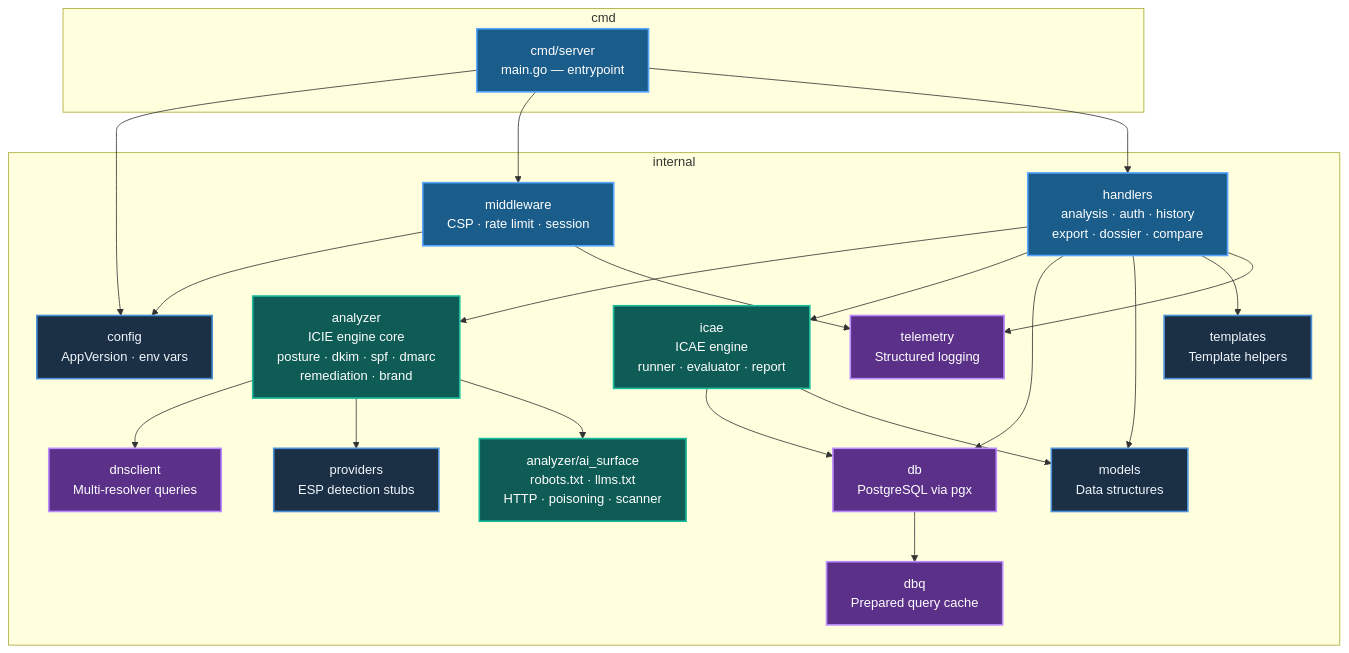
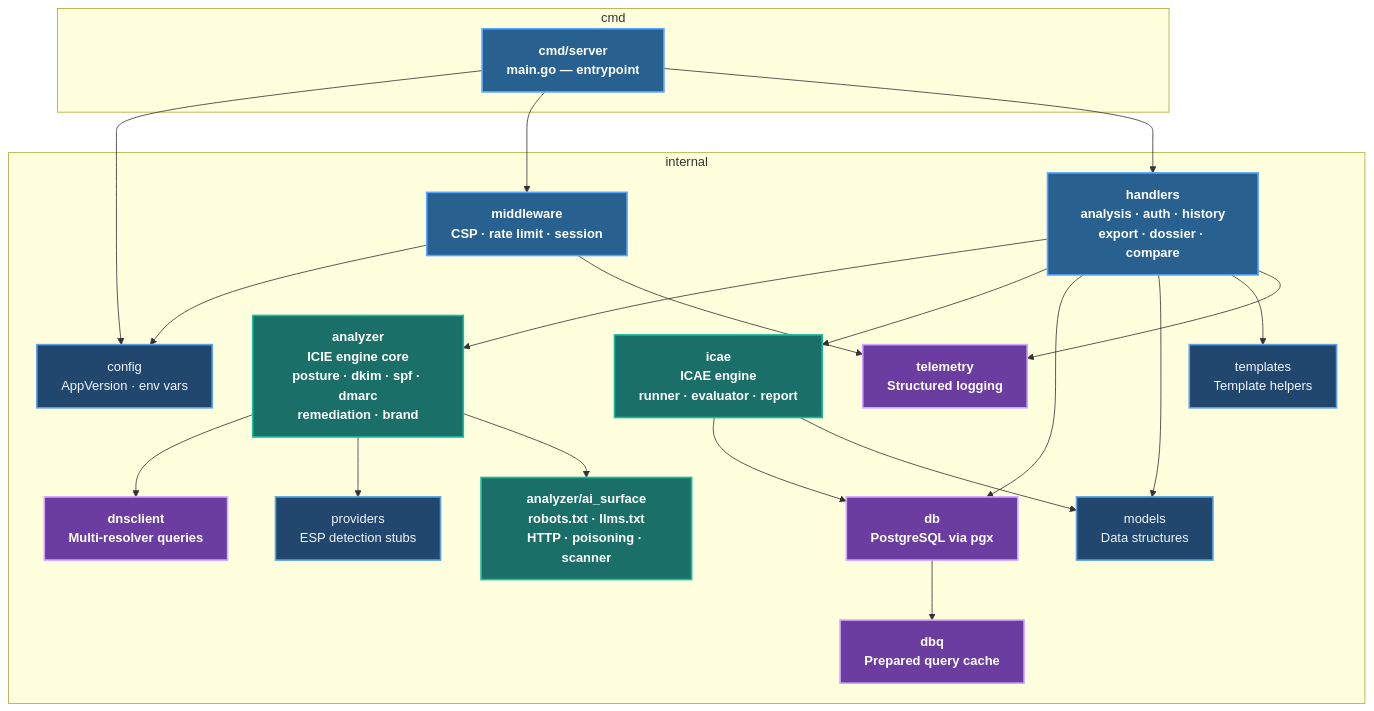
The seventh of 7 diagrams in docs/architecture/SYSTEM_ARCHITECTURE.md (careyjames/DnsToolWeb), drawn with Mermaid before and after one commit. The commit also changed other lines of this file and 8 other files, not shown here.

First line of the commit message:
Improve visualization of system architecture diagrams with brighter, more vibrant colors

````diff
--- a/docs/architecture/SYSTEM_ARCHITECTURE.md
+++ b/docs/architecture/SYSTEM_ARCHITECTURE.md
@@ -371,39 +371,39 @@
 ```mermaid
 graph TB
     subgraph "cmd"
         Server["cmd/server<br/>main.go — entrypoint"]
     end
 
     subgraph "internal"
         Config["config<br/>AppVersion · env vars"]
         Middleware["middleware<br/>CSP · rate limit · session"]
         Handlers["handlers<br/>analysis · auth · history<br/>export · dossier · compare"]
         Analyzer["analyzer<br/>ICIE engine core<br/>posture · dkim · spf · dmarc<br/>remediation · brand"]
         AISurface["analyzer/ai_surface<br/>robots.txt · llms.txt<br/>HTTP · poisoning · scanner"]
         ICAE2["icae<br/>ICAE engine<br/>runner · evaluator · report"]
         DNSClient2["dnsclient<br/>Multi-resolver queries"]
         DB2["db<br/>PostgreSQL via pgx"]
         DBQ["dbq<br/>Prepared query cache"]
         Models["models<br/>Data structures"]
         Providers["providers<br/>ESP detection stubs"]
         Telemetry["telemetry<br/>Structured logging"]
         Templates3["templates<br/>Template helpers"]
     end
 
     Server --> Config & Middleware & Handlers
     Handlers --> Analyzer & ICAE2 & DB2 & Models & Templates3
     Analyzer --> DNSClient2 & Providers & AISurface
     ICAE2 --> DB2 & Models
     Handlers --> Telemetry
     DB2 --> DBQ
     Middleware --> Config & Telemetry
 
-    classDef default fill:#1b2f45,stroke:#4a90d9,stroke-width:2px,color:#f0f6fc
-    classDef core fill:#1a5c8a,stroke:#58a6ff,stroke-width:2px,color:#fff
-    classDef engine fill:#0e5c55,stroke:#1abc9c,stroke-width:2px,color:#fff
-    classDef infra fill:#5a3088,stroke:#bc8cff,stroke-width:2px,color:#fff
+    classDef default fill:#22476e,stroke:#5ba3e0,stroke-width:2px,color:#f0f6fc
+    classDef core fill:#28608f,stroke:#58a6ff,stroke-width:2px,color:#fff,font-weight:bold
+    classDef engine fill:#1a7068,stroke:#1abc9c,stroke-width:2px,color:#fff,font-weight:bold
+    classDef infra fill:#6b3da0,stroke:#d2a8ff,stroke-width:2px,color:#fff,font-weight:bold
     class Analyzer,AISurface,ICAE2 engine
     class Server,Handlers,Middleware core
     class DB2,DBQ,DNSClient2,Telemetry infra
     class Config,Models,Providers,Templates3 default
 ```
````
